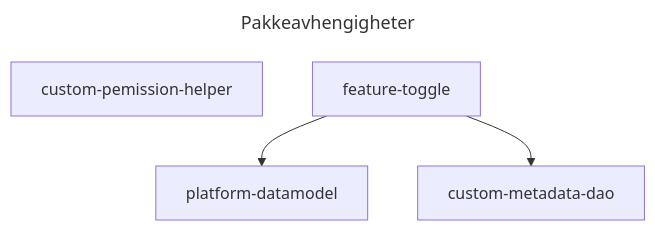
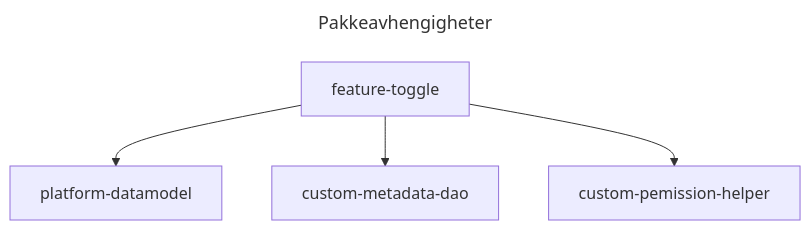
One commit to navikt/sf-platform changed the diagram in README.md. Above: the diagram before and after it, drawn with Mermaid. The commit also changed 3 other files, not shown here.

Commit message:
chore: Oppdatere sfdx-project.json - Fjerne platform-admin da denne ikke er i bruk ennå - Litt standarisering av hvordan ting er organisert - La inn alias for custom-permission-helper - Oppdatere oversikter over pakkeavhengigheter

````diff
--- a/README.md
+++ b/README.md
@@ -22,9 +22,10 @@
 ```mermaid
 ---
 title: Pakkeavhengigheter
 ---
 graph TD
     custom-pemission-helper
     feature-toggle --> platform-datamodel;
     feature-toggle --> custom-metadata-dao;
+    feature-toggle --> custom-pemission-helper;
 ```
````
